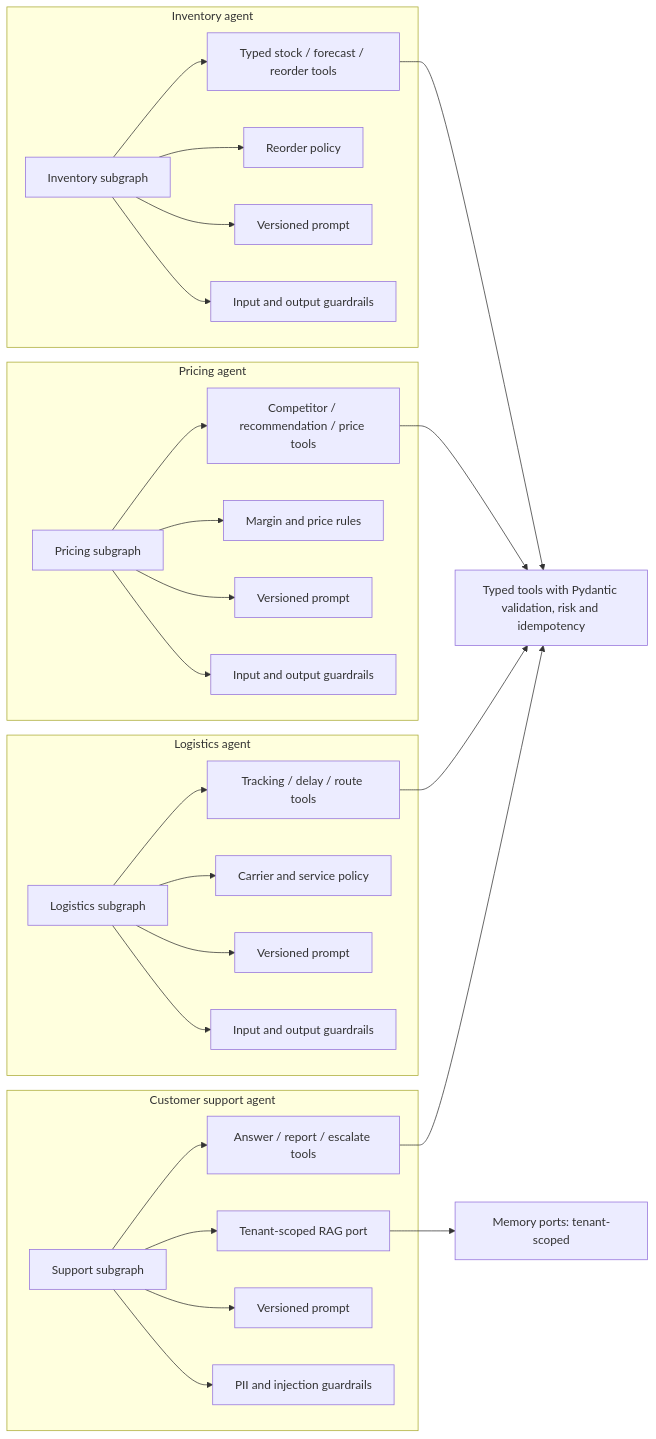
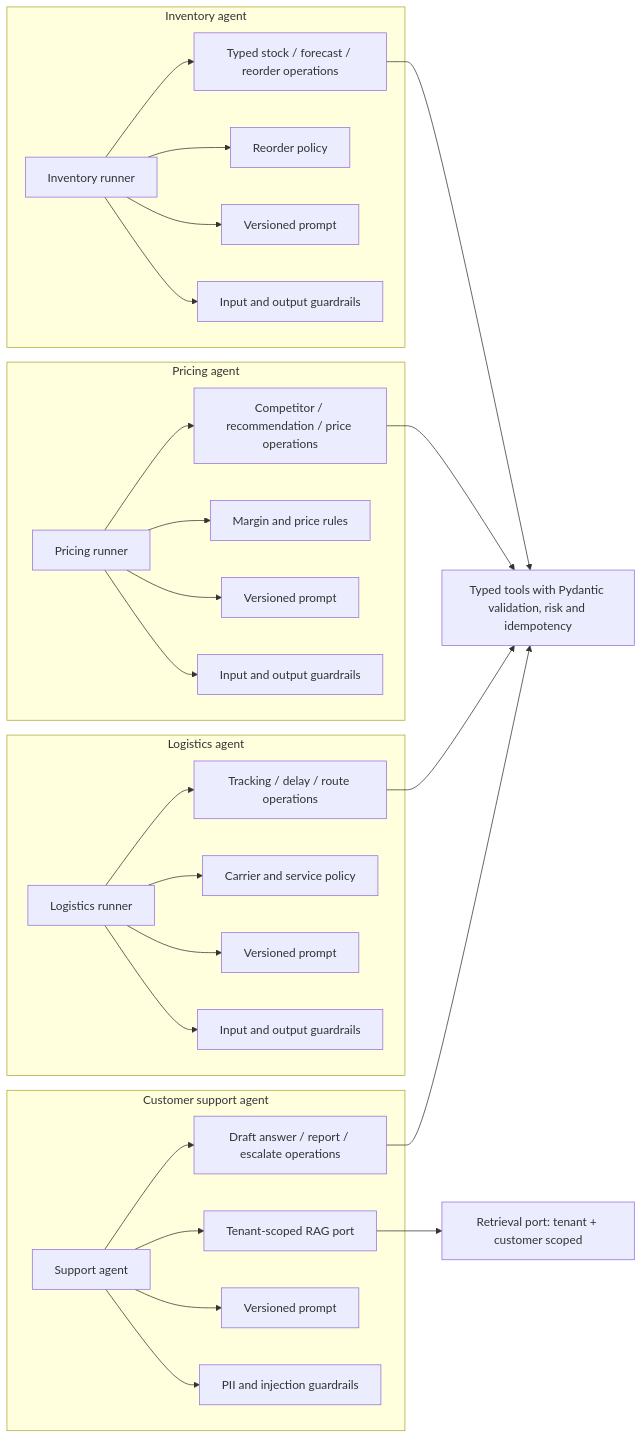
One commit to emmanuelmassawe/Multi-agent-e-commerce-platform changed the first of 2 diagrams in docs/architecture/03-agent-components.md. Above: the diagram before and after it, drawn with Mermaid. The commit also changed other lines of this file and 24 other files, not shown here.

````diff
--- a/docs/architecture/03-agent-components.md
+++ b/docs/architecture/03-agent-components.md
@@ -3,34 +3,34 @@
 ```mermaid
 flowchart LR
   subgraph Inventory[Inventory agent]
-    IGraph[Inventory subgraph] --> ITools[Typed stock / forecast / reorder tools]
+    IGraph[Inventory runner] --> ITools[Typed stock / forecast / reorder operations]
     IGraph --> IPolicy[Reorder policy]
     IGraph --> IPrompt[Versioned prompt]
     IGraph --> IGuard[Input and output guardrails]
   end
   subgraph Pricing[Pricing agent]
-    PGraph[Pricing subgraph] --> PTools[Competitor / recommendation / price tools]
+    PGraph[Pricing runner] --> PTools[Competitor / recommendation / price operations]
     PGraph --> PPolicy[Margin and price rules]
     PGraph --> PPrompt[Versioned prompt]
     PGraph --> PGuard[Input and output guardrails]
   end
   subgraph Logistics[Logistics agent]
-    LGraph[Logistics subgraph] --> LTools[Tracking / delay / route tools]
+    LGraph[Logistics runner] --> LTools[Tracking / delay / route operations]
     LGraph --> LPolicy[Carrier and service policy]
     LGraph --> LPrompt[Versioned prompt]
     LGraph --> LGuard[Input and output guardrails]
   end
   subgraph Support[Customer support agent]
-    SGraph[Support subgraph] --> STools[Answer / report / escalate tools]
+    SGraph[Support agent] --> STools[Draft answer / report / escalate operations]
     SGraph --> SRAG[Tenant-scoped RAG port]
     SGraph --> SPrompt[Versioned prompt]
     SGraph --> SGuard[PII and injection guardrails]
   end
   Tools[Typed tools with Pydantic validation, risk and idempotency]
-  Memory[Memory ports: tenant-scoped]
+  Memory[Retrieval port: tenant + customer scoped]
   ITools --> Tools
   PTools --> Tools
   LTools --> Tools
   STools --> Tools
   SRAG --> Memory
 ```
````
